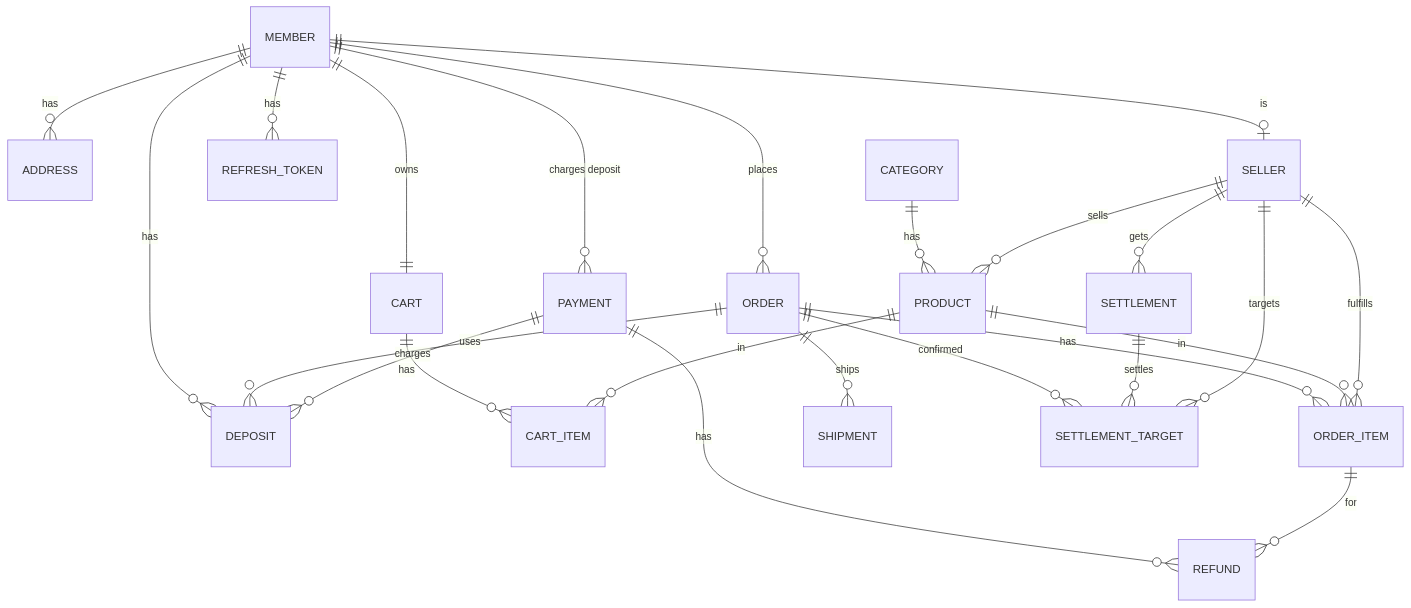
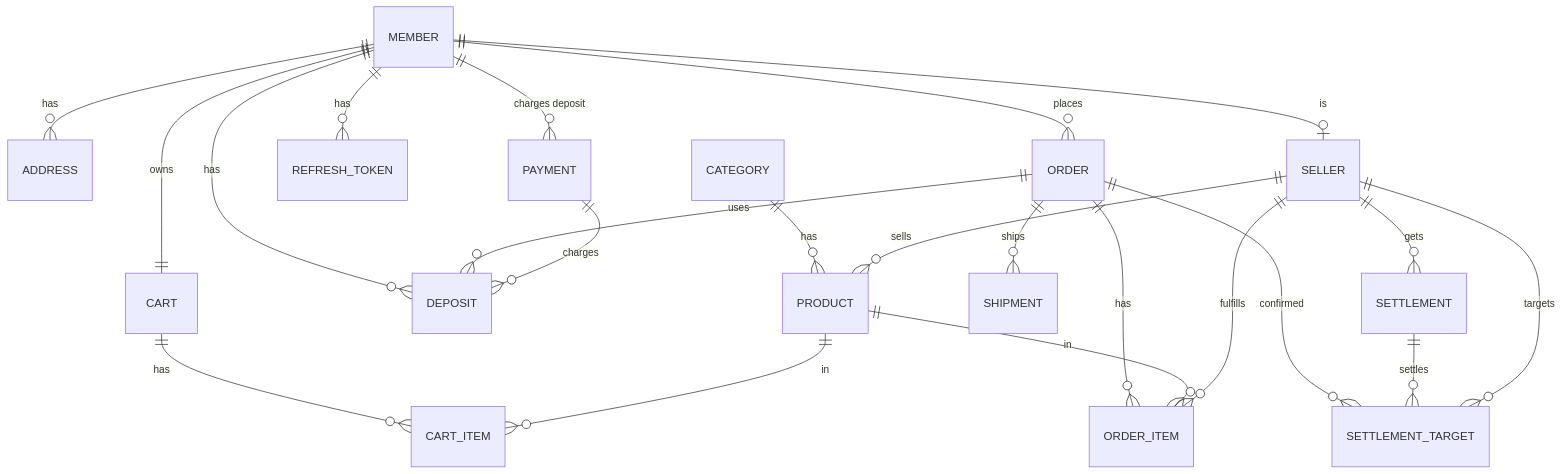
Before and after one commit to prgrms-be-adv-devcourse/beadv5_5_404_Not_Found_BE: the second of 2 diagrams in docs/#2_ERD.md, drawn with Mermaid. The commit also changed other lines of this file and 6 other files, not shown here.

````diff
--- a/docs/#2_ERD.md
+++ b/docs/#2_ERD.md
@@ -241,27 +228,25 @@
 ```mermaid
 erDiagram
     MEMBER ||--o{ ADDRESS : has
     MEMBER ||--|| CART : owns
     MEMBER ||--o{ ORDER : places
     MEMBER ||--o| SELLER : is
     MEMBER ||--o{ DEPOSIT : has
     MEMBER ||--o{ REFRESH_TOKEN : has
     MEMBER ||--o{ PAYMENT : "charges deposit"
 
     CATEGORY ||--o{ PRODUCT : has
     SELLER ||--o{ PRODUCT : sells
     CART ||--o{ CART_ITEM : has
     PRODUCT ||--o{ CART_ITEM : in
     ORDER ||--o{ ORDER_ITEM : has
     PRODUCT ||--o{ ORDER_ITEM : in
     SELLER ||--o{ ORDER_ITEM : fulfills
     ORDER ||--o{ SHIPMENT : ships
     ORDER ||--o{ DEPOSIT : uses
-    PAYMENT ||--o{ REFUND : has
     PAYMENT ||--o{ DEPOSIT : charges
-    ORDER_ITEM ||--o{ REFUND : for
     ORDER ||--o{ SETTLEMENT_TARGET : confirmed
     SETTLEMENT ||--o{ SETTLEMENT_TARGET : settles
     SELLER ||--o{ SETTLEMENT_TARGET : targets
     SELLER ||--o{ SETTLEMENT : gets
 ```
````
